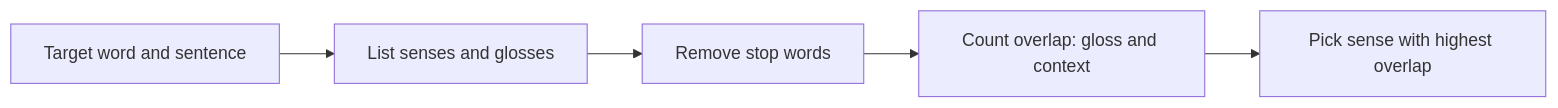
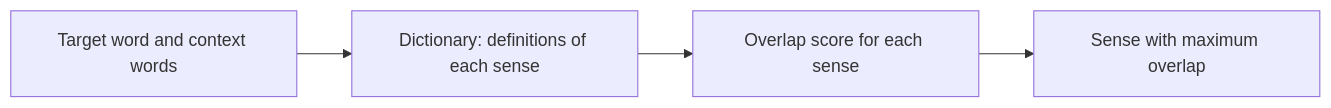
One commit to TrendySloth1001/sem-seven-notes changed the diagram in content/natural-language-processing/pyq/2025-05/q3b.mdx. Above: the diagram before and after it, drawn with Mermaid. The commit also changed other lines of this file and 406 other files, not shown here.

````diff
--- a/content/natural-language-processing/pyq/2025-05/q3b.mdx
+++ b/content/natural-language-processing/pyq/2025-05/q3b.mdx
@@ -18,8 +57,7 @@
 ```mermaid
-%% caption: Lesk compares the context with the gloss of every sense and picks the largest overlap.
+%% caption: The dictionary-based approach: score each sense by overlap with the context.
 flowchart LR
-  A["Target word and sentence"] --> B["List senses and glosses"]
-  B --> C["Remove stop words"]
-  C --> D["Count overlap: gloss and context"]
-  D --> E["Pick sense with highest overlap"]
+  A["Target word and context words"] --> B["Dictionary: definitions of each sense"]
+  B --> C["Overlap score for each sense"]
+  C --> D["Sense with maximum overlap"]
 ```
````
